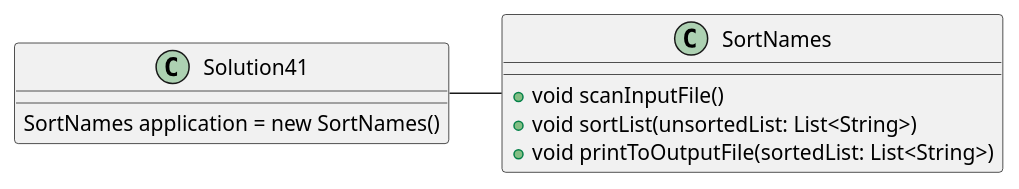
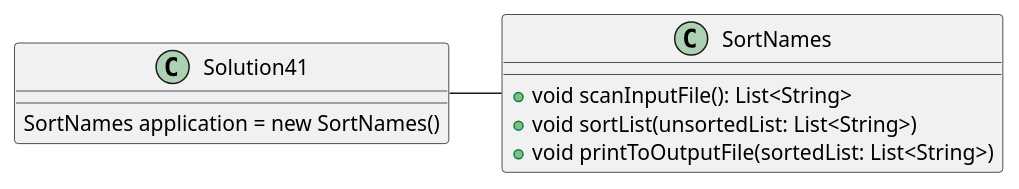
The diagram in exercise41/docs/exercise41.puml (Reynaldo-Martinez2021/martinez-a04), drawn with PlantUML before and after one commit.

Commit message:
exercise41 finished

```diff
--- a/exercise41/docs/exercise41.puml
+++ b/exercise41/docs/exercise41.puml
@@ -1,16 +1,16 @@
 @startuml
 'https://plantuml.com/class-diagram
 
 class Solution41{
 SortNames application = new SortNames()
 }
 
 class SortNames {
-+void scanInputFile()
++void scanInputFile(): List<String>
 +void sortList(unsortedList: List<String>)
 +void printToOutputFile(sortedList: List<String>)
 }
 
 Solution41 - SortNames
 
 @enduml
```
